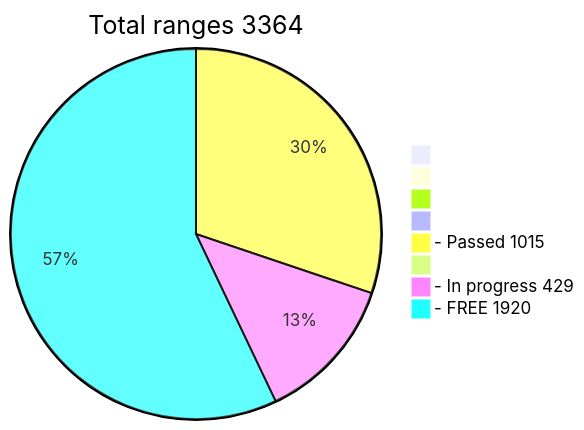
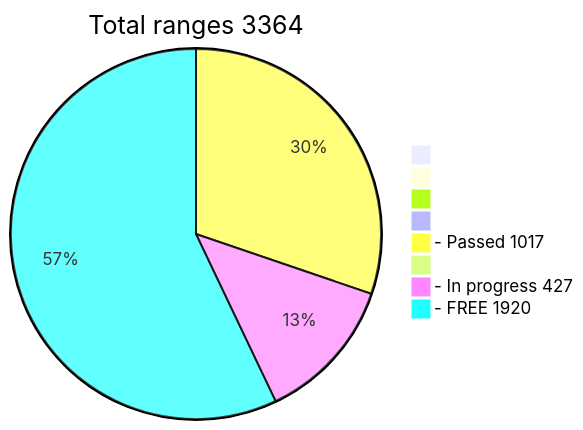
One commit to phrutis/wif500 changed the diagram in README.md. Above: the diagram before and after it, drawn with Mermaid.

````diff
--- a/README.md
+++ b/README.md
@@ -16,12 +16,12 @@
 ```mermaid
 pie title Total ranges 3364
              " " : 0
             "  " : 0
            "   " : 0
           "    " : 0
-  "- Passed 1015" : 1015
+  "- Passed 1017" : 1017
          "     " : 0
-  "- In progress 429" : 429
+  "- In progress 427" : 427
    "- FREE 1920" : 1920
    
 ```
````
